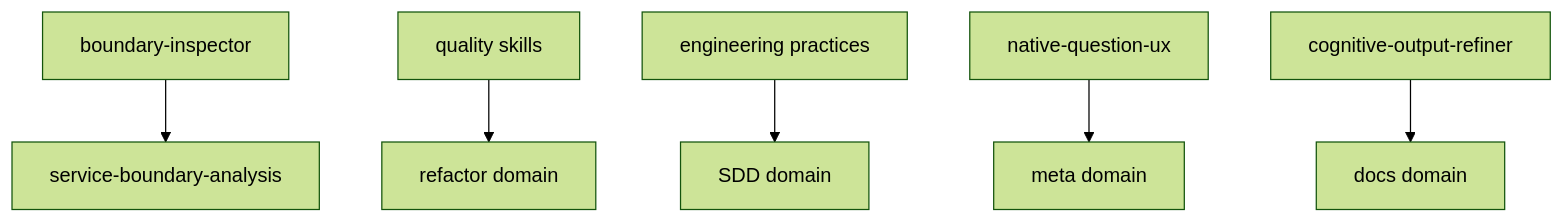
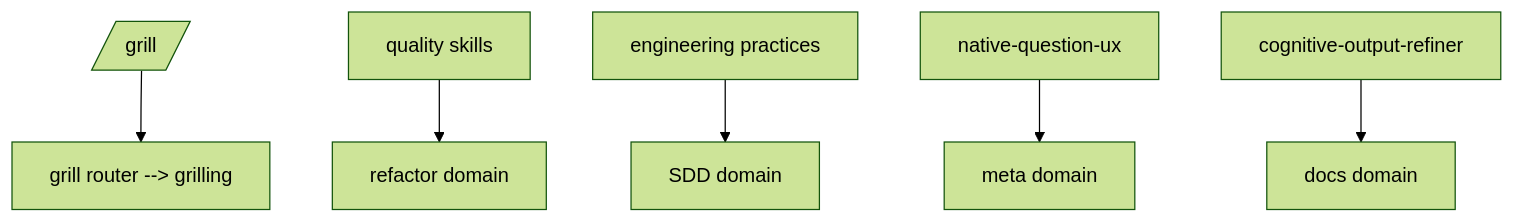
Before and after one commit to andresnator/agents-orchestrator: the diagram in domains/common/README.md, drawn with Mermaid (forest theme). The commit also changed other lines of this file and 42 other files, not shown here.

Commit message:
feat: introduce boundary-inspector subagent and commands, enhance documentation, and update common domain dependencies

````diff
--- a/domains/common/README.md
+++ b/domains/common/README.md
@@ -9,8 +9,8 @@
 ```mermaid
 graph TD
-  boundary[boundary-inspector] --> service[service-boundary-analysis]
+  grillcmd[/grill/] --> grillskill[grill router --> grilling]
   quality[quality skills] --> refactor[refactor domain]
   practices[engineering practices] --> sdd[SDD domain]
   native[native-question-ux] --> meta[meta domain]
   output[cognitive-output-refiner] --> docs[docs domain]
 ```
````
